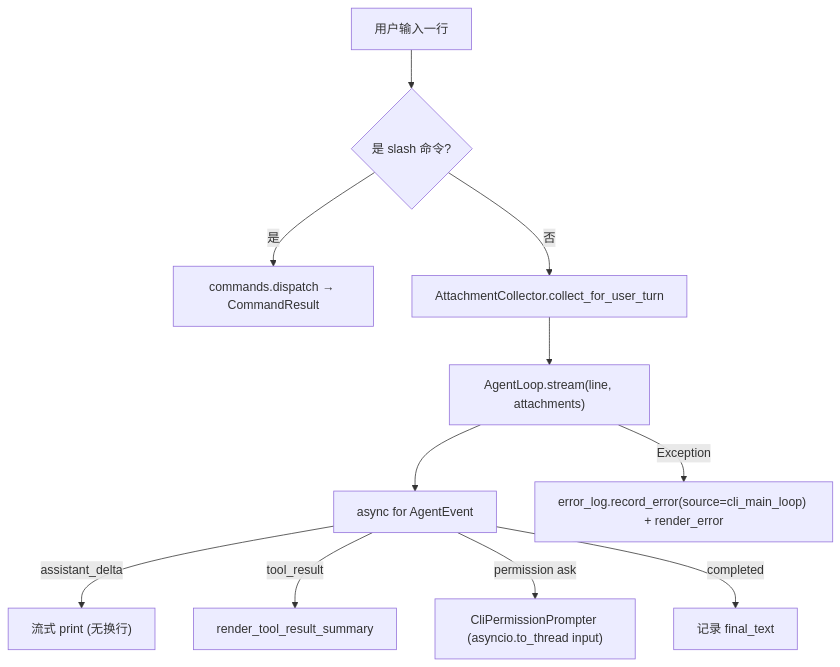
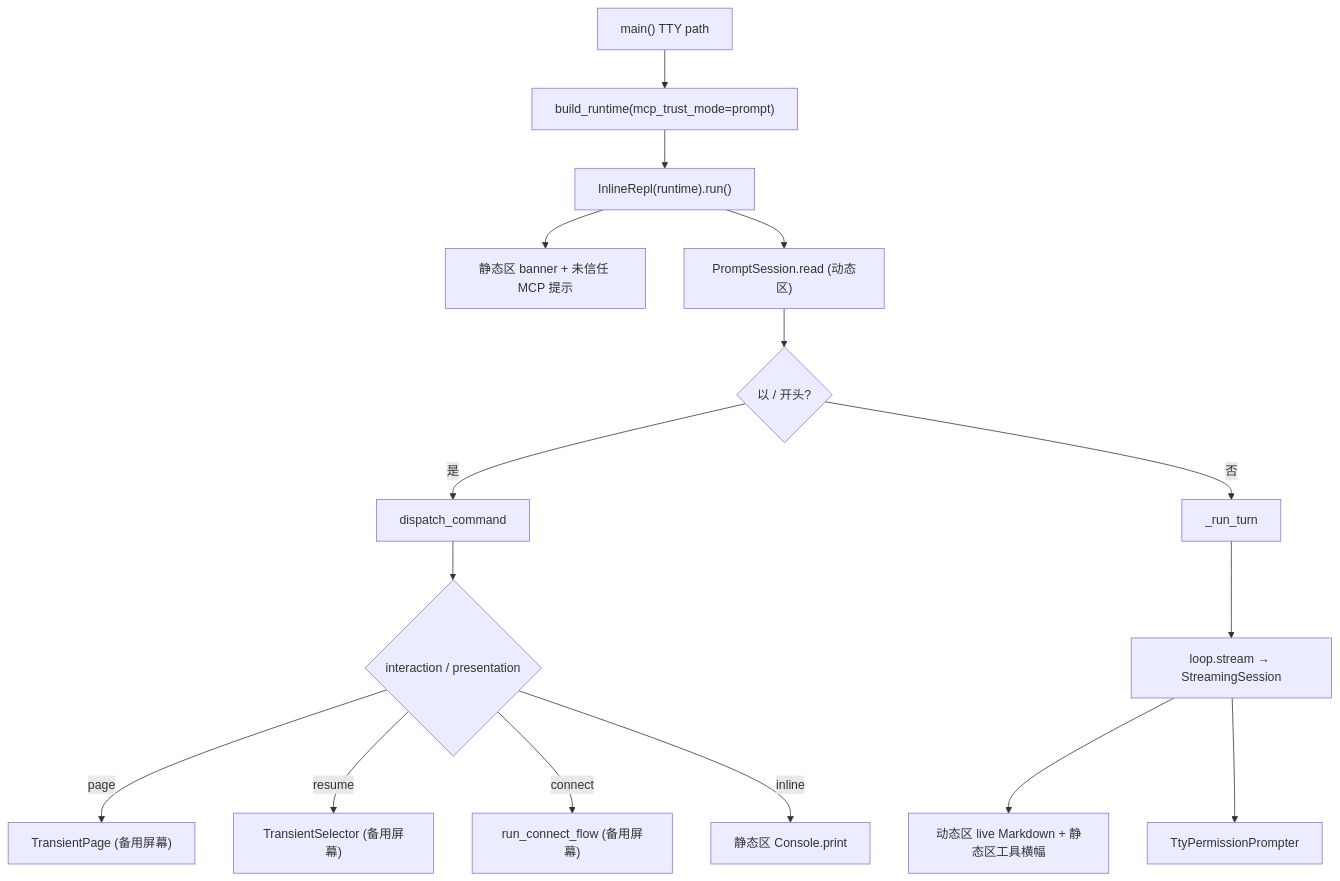
Before and after one commit to EtherealStar/OneCode: the diagram in docs/design-docs/cli-architecture.md, drawn with Mermaid. The commit also changed other lines of this file and 68 other files, not shown here.

````diff
--- a/docs/design-docs/cli-architecture.md
+++ b/docs/design-docs/cli-architecture.md
@@ -48,13 +101,18 @@
 ```mermaid
 flowchart TD
-  Input["用户输入一行"] --> Cmd{"是 slash 命令?"}
-  Cmd -->|是| Dispatch["commands.dispatch → CommandResult"]
-  Cmd -->|否| Collect["AttachmentCollector.collect_for_user_turn"]
-  Collect --> Stream["AgentLoop.stream(line, attachments)"]
-  Stream --> Events["async for AgentEvent"]
-  Events -->|assistant_delta| Print["流式 print (无换行)"]
-  Events -->|tool_result| Summary["render_tool_result_summary"]
-  Events -->|permission ask| Prompter["CliPermissionPrompter (asyncio.to_thread input)"]
-  Events -->|completed| Final["记录 final_text"]
-  Stream -->|Exception| ErrLog["error_log.record_error(source=cli_main_loop) + render_error"]
+  Entry["main() TTY path"] --> Build["build_runtime(mcp_trust_mode=prompt)"]
+  Build --> Repl["InlineRepl(runtime).run()"]
+  Repl --> Banner["静态区 banner + 未信任 MCP 提示"]
+  Repl --> Prompt["PromptSession.read (动态区)"]
+  Prompt --> Cmd{以 / 开头?}
+  Cmd -->|是| Dispatch["dispatch_command"]
+  Dispatch --> Modal{"interaction / presentation"}
+  Modal -->|page| Page["TransientPage (备用屏幕)"]
+  Modal -->|resume| Select["TransientSelector (备用屏幕)"]
+  Modal -->|connect| Connect["run_connect_flow (备用屏幕)"]
+  Modal -->|inline| Log["静态区 Console.print"]
+  Cmd -->|否| Agent["_run_turn"]
+  Agent --> Stream["loop.stream → StreamingSession"]
+  Stream --> Preview["动态区 live Markdown + 静态区工具横幅"]
+  Stream --> Perm["TtyPermissionPrompter"]
 ```
````
